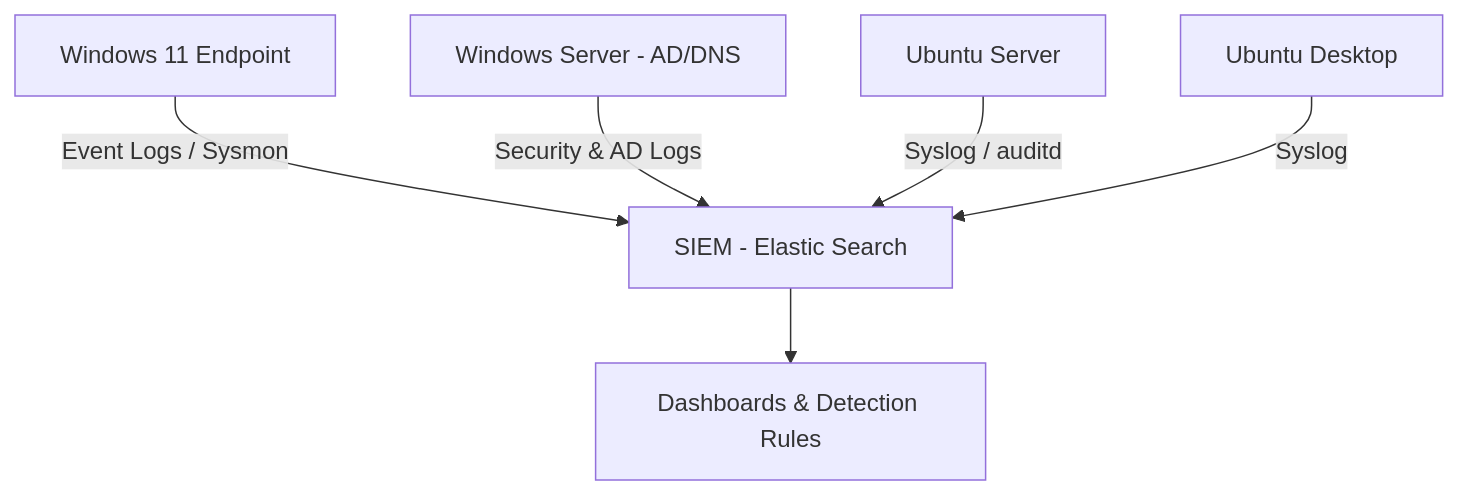
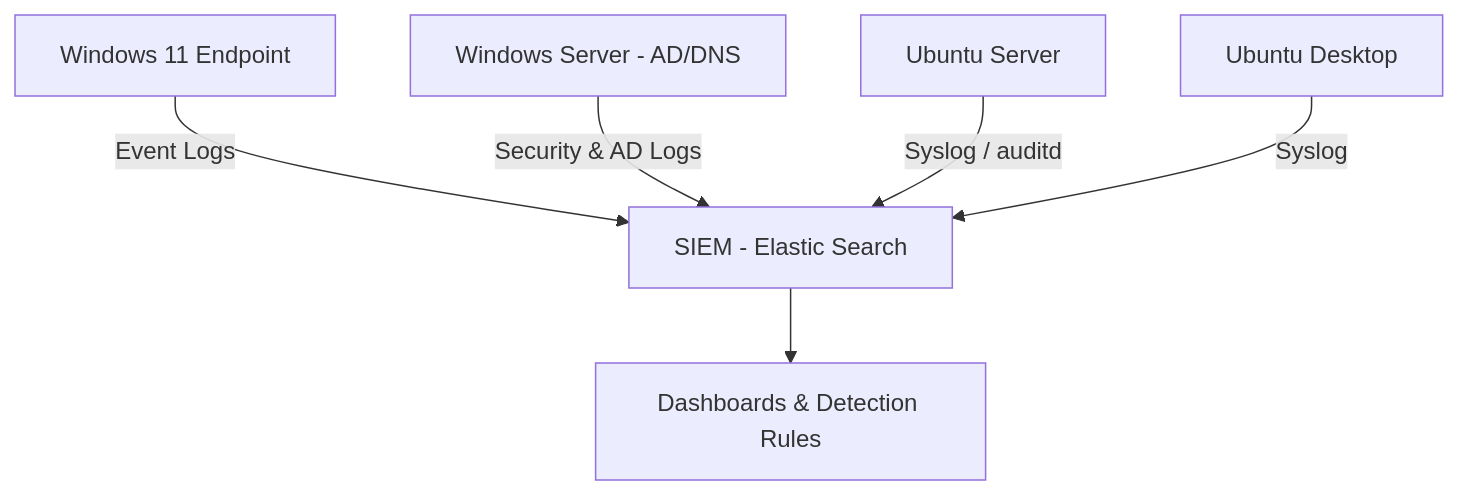
The diagram in README.md (Tmitchy/-SOC-Home-Lab-Build), drawn with Mermaid before and after one commit.

````diff
--- a/README.md
+++ b/README.md
@@ -33,8 +33,8 @@
 ```mermaid
 graph TD
-    A[Windows 11 Endpoint] -->|Event Logs / Sysmon| S[SIEM - Elastic Search]
+    A[Windows 11 Endpoint] -->|Event Logs| S[SIEM - Elastic Search]
     B[Windows Server - AD/DNS] -->|Security & AD Logs| S
     C[Ubuntu Server] -->|Syslog / auditd| S
     D[Ubuntu Desktop] -->|Syslog| S
     S --> E[Dashboards & Detection Rules]
 ```
````
